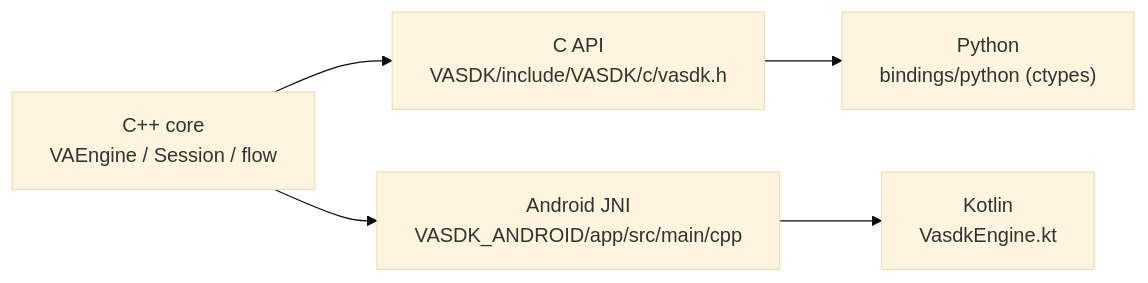
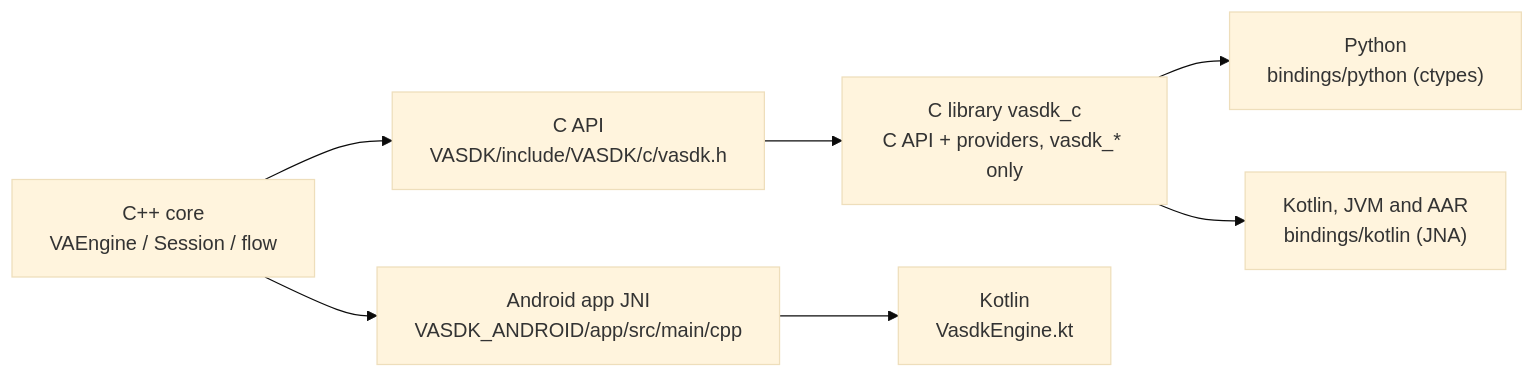
The diagram in skills/vasdk-bindings/SKILL.md (fatehmtd/VASDK), drawn with Mermaid (base theme) before and after one commit. The commit also changed other lines of this file and 245 other files, not shown here.

````diff
--- a/skills/vasdk-bindings/SKILL.md
+++ b/skills/vasdk-bindings/SKILL.md
@@ -10,7 +10,9 @@
 ```mermaid
 flowchart LR
     Core["C++ core<br/>VAEngine / Session / flow"] --> CApi["C API<br/>VASDK/include/VASDK/c/vasdk.h"]
-    CApi --> Python["Python<br/>bindings/python (ctypes)"]
-    Core --> Jni["Android JNI<br/>VASDK_ANDROID/app/src/main/cpp"]
+    CApi --> CLib["C library vasdk_c<br/>C API + providers, vasdk_* only"]
+    CLib --> Python["Python<br/>bindings/python (ctypes)"]
+    CLib --> KotlinBinding["Kotlin, JVM and AAR<br/>bindings/kotlin (JNA)"]
+    Core --> Jni["Android app JNI<br/>VASDK_ANDROID/app/src/main/cpp"]
     Jni --> Kotlin["Kotlin<br/>VasdkEngine.kt"]
 ```
````
